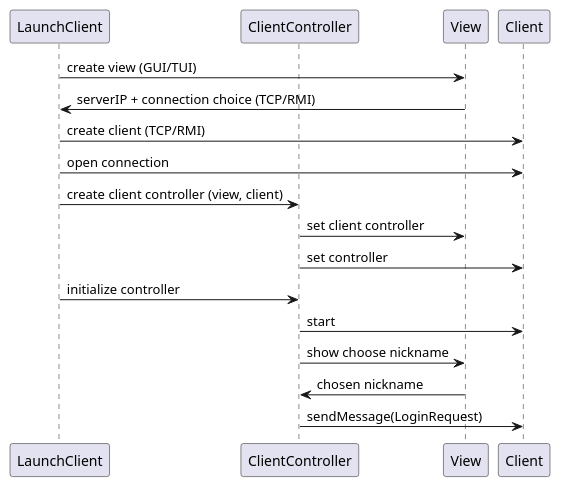
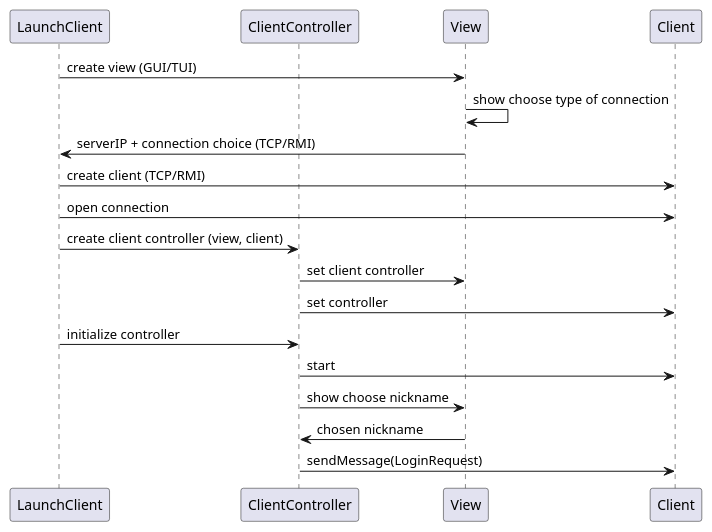
Before and after one commit to LucaBardaPoli/IS23-AM11: the diagram in deliverables/highLevelUML/sequenceDiagrams/client_launch.puml, drawn with PlantUML.

Commit message:
sequence diagrams

```diff
--- a/deliverables/highLevelUML/sequenceDiagrams/client_launch.puml
+++ b/deliverables/highLevelUML/sequenceDiagrams/client_launch.puml
@@ -1,20 +1,21 @@
 @startuml
 'https://plantuml.com/sequence-diagram
 
 participant LaunchClient
 participant ClientController
 
 LaunchClient -> View: create view (GUI/TUI)
+View -> View: show choose type of connection
 View -> LaunchClient: serverIP + connection choice (TCP/RMI)
 
 LaunchClient -> Client: create client (TCP/RMI)
 LaunchClient -> Client: open connection
 LaunchClient -> ClientController: create client controller (view, client)
 ClientController -> View: set client controller
 ClientController -> Client: set controller
 LaunchClient -> ClientController: initialize controller
 ClientController -> Client: start
 ClientController -> View: show choose nickname
 View -> ClientController: chosen nickname
 ClientController -> Client: sendMessage(LoginRequest)
 @enduml
```
